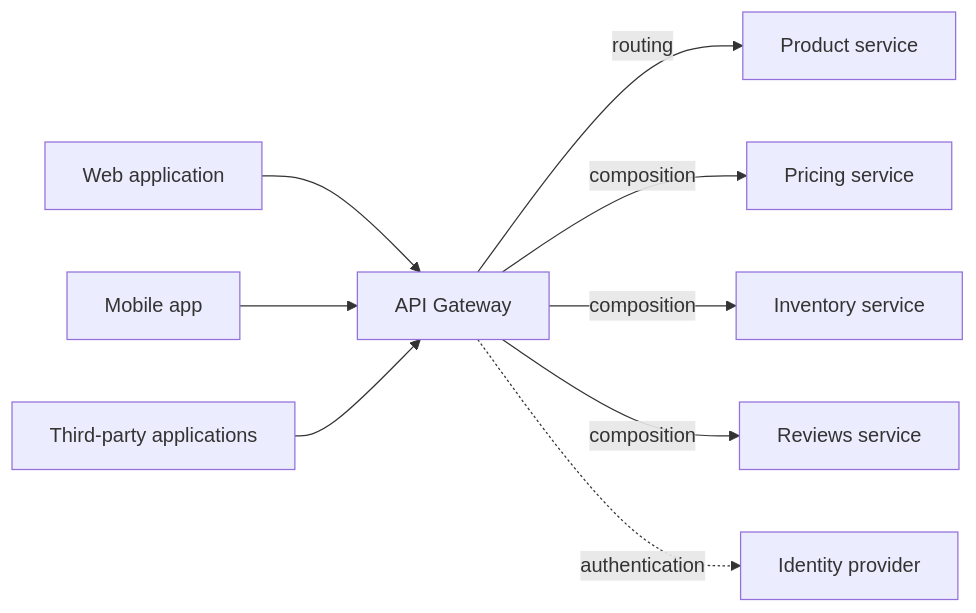
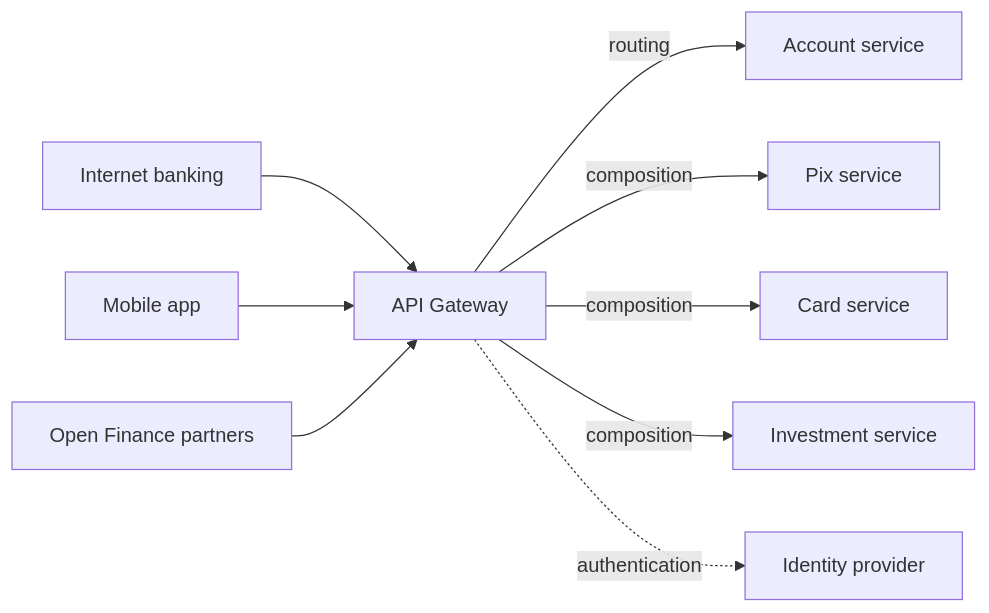
Before and after one commit to alancesar/design-patterns: the diagram in i18n/en/docusaurus-plugin-content-docs/current/architecture/microservices/external-api/api-gateway.md, drawn with Mermaid. The commit also changed other lines of this file and 27 other files, not shown here.

Commit message:
Switch microservices concrete diagrams to fintech scenarios

````diff
--- a/i18n/en/docusaurus-plugin-content-docs/current/architecture/microservices/external-api/api-gateway.md
+++ b/i18n/en/docusaurus-plugin-content-docs/current/architecture/microservices/external-api/api-gateway.md
@@ -61,11 +61,11 @@
 ```mermaid
 flowchart LR
-    W["Web application"] --> G["API Gateway"]
+    W["Internet banking"] --> G["API Gateway"]
     M["Mobile app"] --> G
-    T["Third-party applications"] --> G
-    G -->|"routing"| S1["Product service"]
-    G -->|"composition"| S2["Pricing service"]
-    G -->|"composition"| S3["Inventory service"]
-    G -->|"composition"| S4["Reviews service"]
+    T["Open Finance partners"] --> G
+    G -->|"routing"| S1["Account service"]
+    G -->|"composition"| S2["Pix service"]
+    G -->|"composition"| S3["Card service"]
+    G -->|"composition"| S4["Investment service"]
     G -.->|"authentication"| A["Identity provider"]
 ```
````
